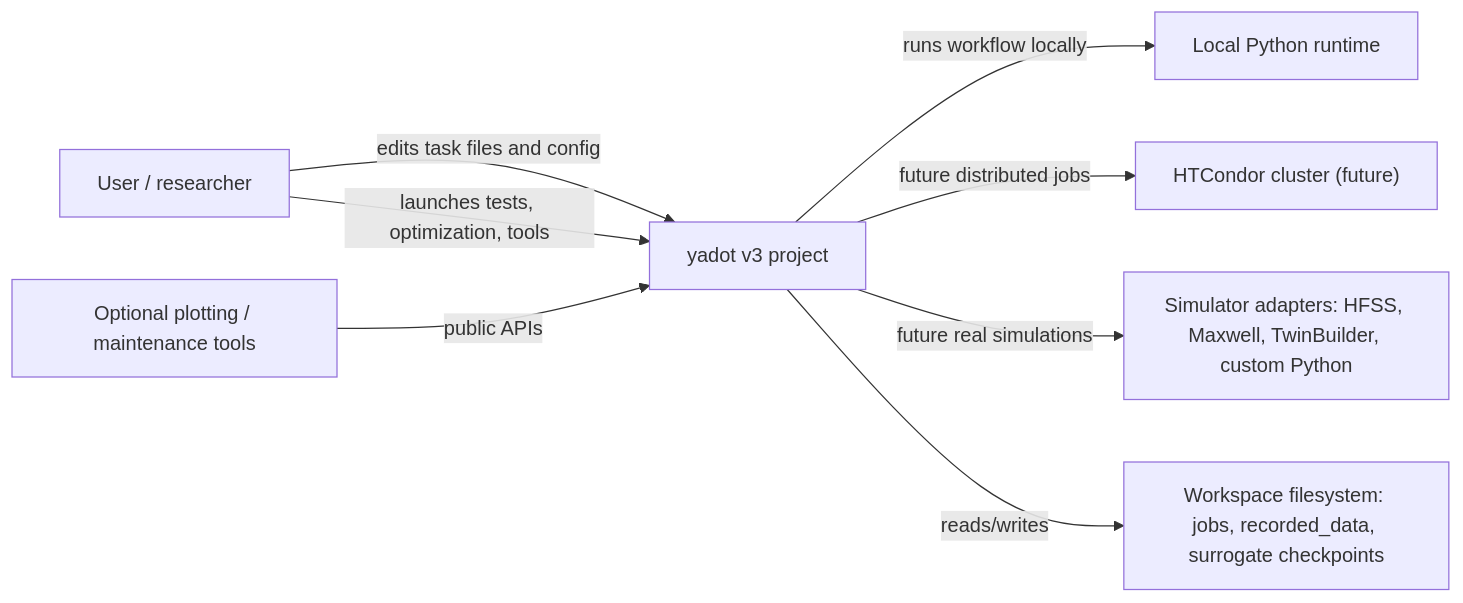
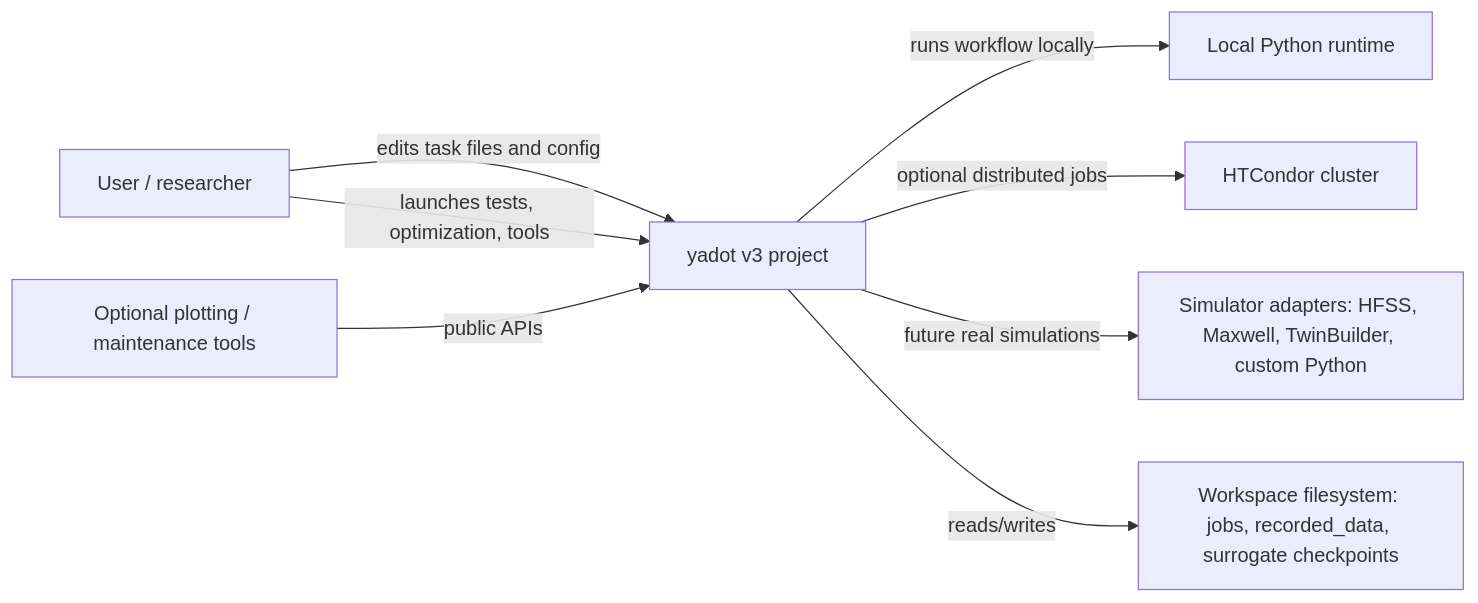
Before and after one commit to YS-Pan/yadof: the diagram in dev_doc/architecture/c4_context.md, drawn with Mermaid. The commit also changed other lines of this file and 35 other files, not shown here.

````diff
--- a/dev_doc/architecture/c4_context.md
+++ b/dev_doc/architecture/c4_context.md
@@ -8,10 +8,10 @@
 ```mermaid
 flowchart LR
     User["User / researcher"] -->|edits task files and config| Yadot["yadot v3 project"]
     User -->|launches tests, optimization, tools| Yadot
     Yadot -->|runs workflow locally| Python["Local Python runtime"]
-    Yadot -->|future distributed jobs| HTCondor["HTCondor cluster (future)"]
+    Yadot -->|optional distributed jobs| HTCondor["HTCondor cluster"]
     Yadot -->|future real simulations| Simulator["Simulator adapters: HFSS, Maxwell, TwinBuilder, custom Python"]
     Yadot -->|reads/writes| FS["Workspace filesystem: jobs, recorded_data, surrogate checkpoints"]
     Tools["Optional plotting / maintenance tools"] -->|public APIs| Yadot
 ```
````
